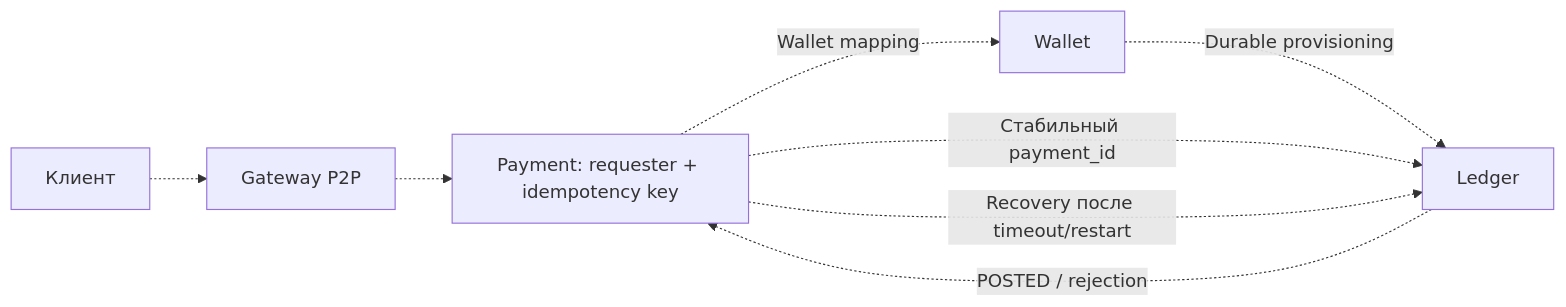
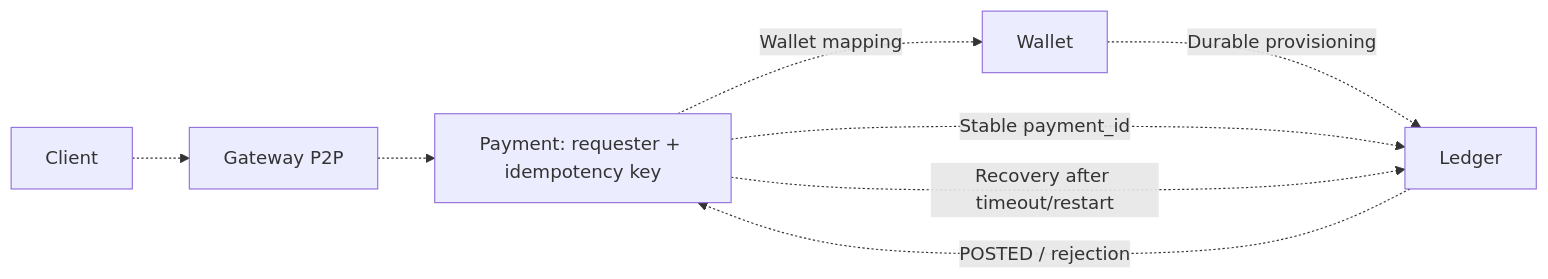
The seventh of 11 diagrams in ARCHITECTURE.md (aarbabaev/ArMoney), drawn with Mermaid before and after one commit. The commit also changed other lines of this file and 6 other files, not shown here.

Commit message:
Use English architecture documentation and neutral product descriptions

````diff
--- a/ARCHITECTURE.md
+++ b/ARCHITECTURE.md
@@ -243,10 +244,10 @@
 ```mermaid
 flowchart LR
-    C["Клиент"] -.-> G["Gateway P2P"]
+    C["Client"] -.-> G["Gateway P2P"]
     G -.-> P["Payment: requester + idempotency key"]
     P -. "Wallet mapping" .-> W["Wallet"]
     W -. "Durable provisioning" .-> L["Ledger"]
-    P -. "Стабильный payment_id" .-> L
+    P -. "Stable payment_id" .-> L
     L -. "POSTED / rejection" .-> P
-    P -. "Recovery после timeout/restart" .-> L
+    P -. "Recovery after timeout/restart" .-> L
 ```
````
